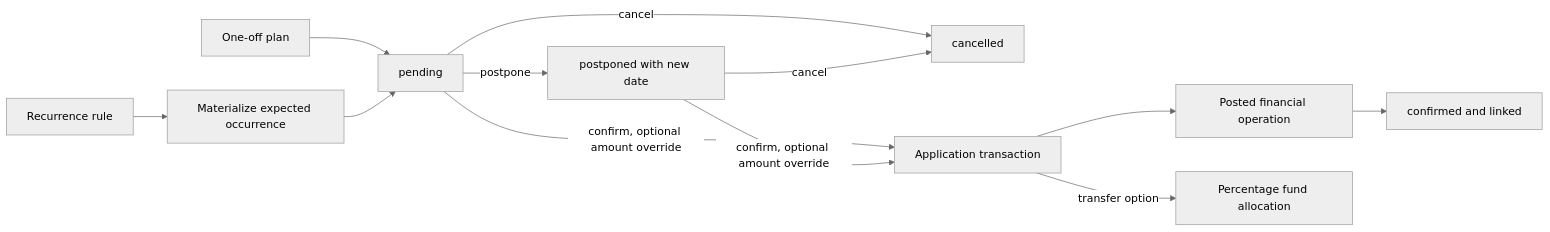
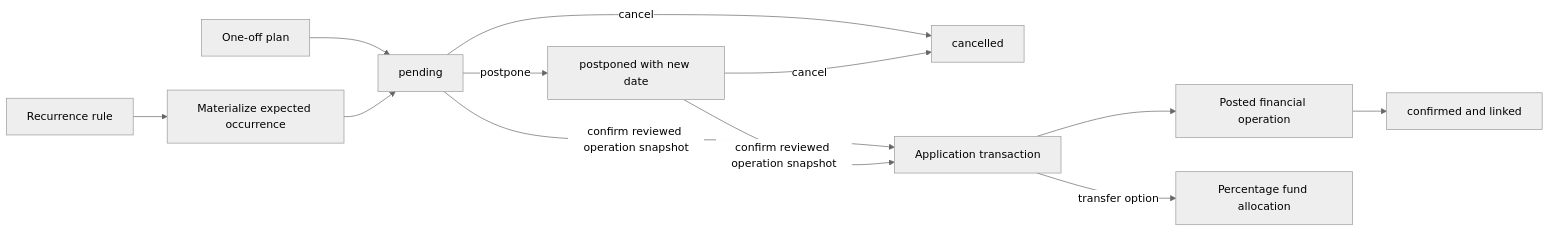
The sixth of 8 diagrams in docs/architecture/data-flow.md (Gollardo/hermes), drawn with Mermaid (neutral theme) before and after one commit. The commit also changed other lines of this file and 17 other files, not shown here.

````diff
--- a/docs/architecture/data-flow.md
+++ b/docs/architecture/data-flow.md
@@ -164,14 +164,14 @@
 ```mermaid
 flowchart LR
     Rule["Recurrence rule"] --> Generate["Materialize expected occurrence"]
     OneOff["One-off plan"] --> Pending
     Generate --> Pending["pending"]
     Pending -->|postpone| Postponed["postponed with new date"]
     Pending -->|cancel| Cancelled["cancelled"]
     Postponed -->|cancel| Cancelled
-    Pending -->|confirm, optional amount override| Tx["Application transaction"]
-    Postponed -->|confirm, optional amount override| Tx
+    Pending -->|confirm reviewed operation snapshot| Tx["Application transaction"]
+    Postponed -->|confirm reviewed operation snapshot| Tx
     Tx --> Actual["Posted financial operation"]
     Tx -->|transfer option| Allocation["Percentage fund allocation"]
     Actual --> Confirmed["confirmed and linked"]
 ```
````
